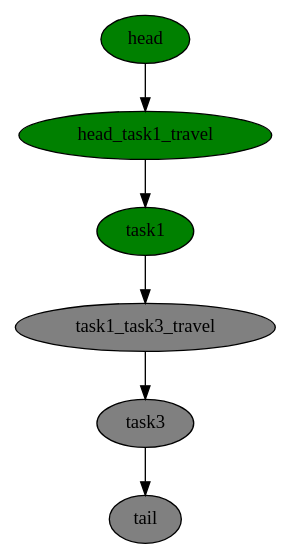
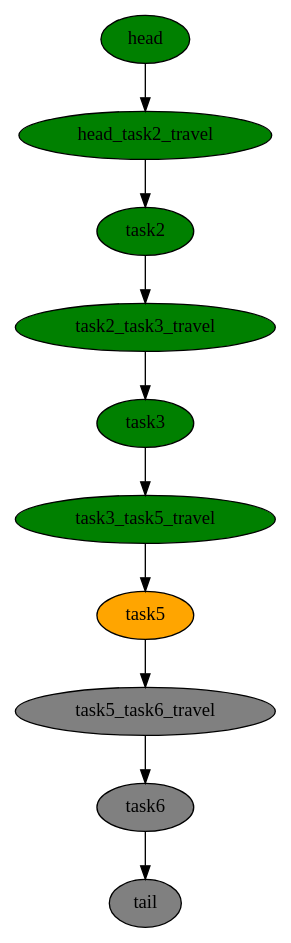
The diagram in data/dot_files/agent_timeline_1_t_33.dot (gkasha/maae), drawn with Graphviz before and after one commit. The commit also changed 477 other files, not shown here.

```diff
--- a/data/dot_files/agent_timeline_1_t_33.dot
+++ b/data/dot_files/agent_timeline_1_t_33.dot
@@ -1,13 +1,21 @@
 digraph timeline {
 head[label="head",style=filled,fillcolor=green,fontcolor=black];
-head_task1_travel[label="head_task1_travel",style=filled,fillcolor=green,fontcolor=black];
-task1[label="task1",style=filled,fillcolor=green,fontcolor=black];
-task1_task3_travel[label="task1_task3_travel",style=filled,fillcolor=gray,fontcolor=black];
-task3[label="task3",style=filled,fillcolor=gray,fontcolor=black];
+head_task2_travel[label="head_task2_travel",style=filled,fillcolor=green,fontcolor=black];
+task2[label="task2",style=filled,fillcolor=green,fontcolor=black];
+task2_task3_travel[label="task2_task3_travel",style=filled,fillcolor=green,fontcolor=black];
+task3[label="task3",style=filled,fillcolor=green,fontcolor=black];
+task3_task5_travel[label="task3_task5_travel",style=filled,fillcolor=green,fontcolor=black];
+task5[label="task5",style=filled,fillcolor=orange,fontcolor=black];
+task5_task6_travel[label="task5_task6_travel",style=filled,fillcolor=gray,fontcolor=black];
+task6[label="task6",style=filled,fillcolor=gray,fontcolor=black];
 tail[label="tail",style=filled,fillcolor=gray,fontcolor=black];
-"head"->"head_task1_travel"[color=black];
-"head_task1_travel"->"task1"[color=black];
-"task1"->"task1_task3_travel"[color=black];
-"task1_task3_travel"->"task3"[color=black];
-"task3"->"tail"[color=black];
+"head"->"head_task2_travel"[color=black];
+"head_task2_travel"->"task2"[color=black];
+"task2"->"task2_task3_travel"[color=black];
+"task2_task3_travel"->"task3"[color=black];
+"task3"->"task3_task5_travel"[color=black];
+"task3_task5_travel"->"task5"[color=black];
+"task5"->"task5_task6_travel"[color=black];
+"task5_task6_travel"->"task6"[color=black];
+"task6"->"tail"[color=black];
 }
```
